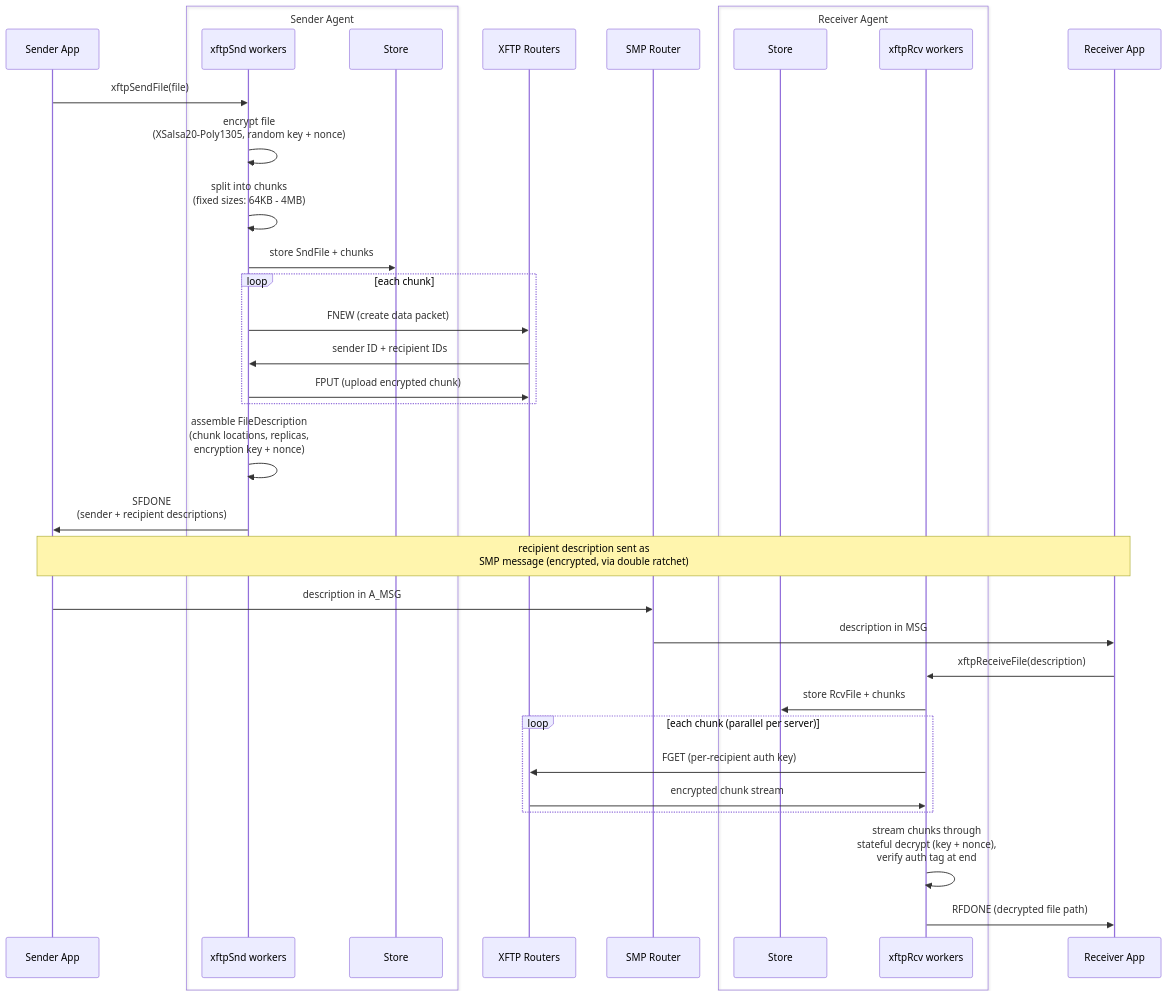
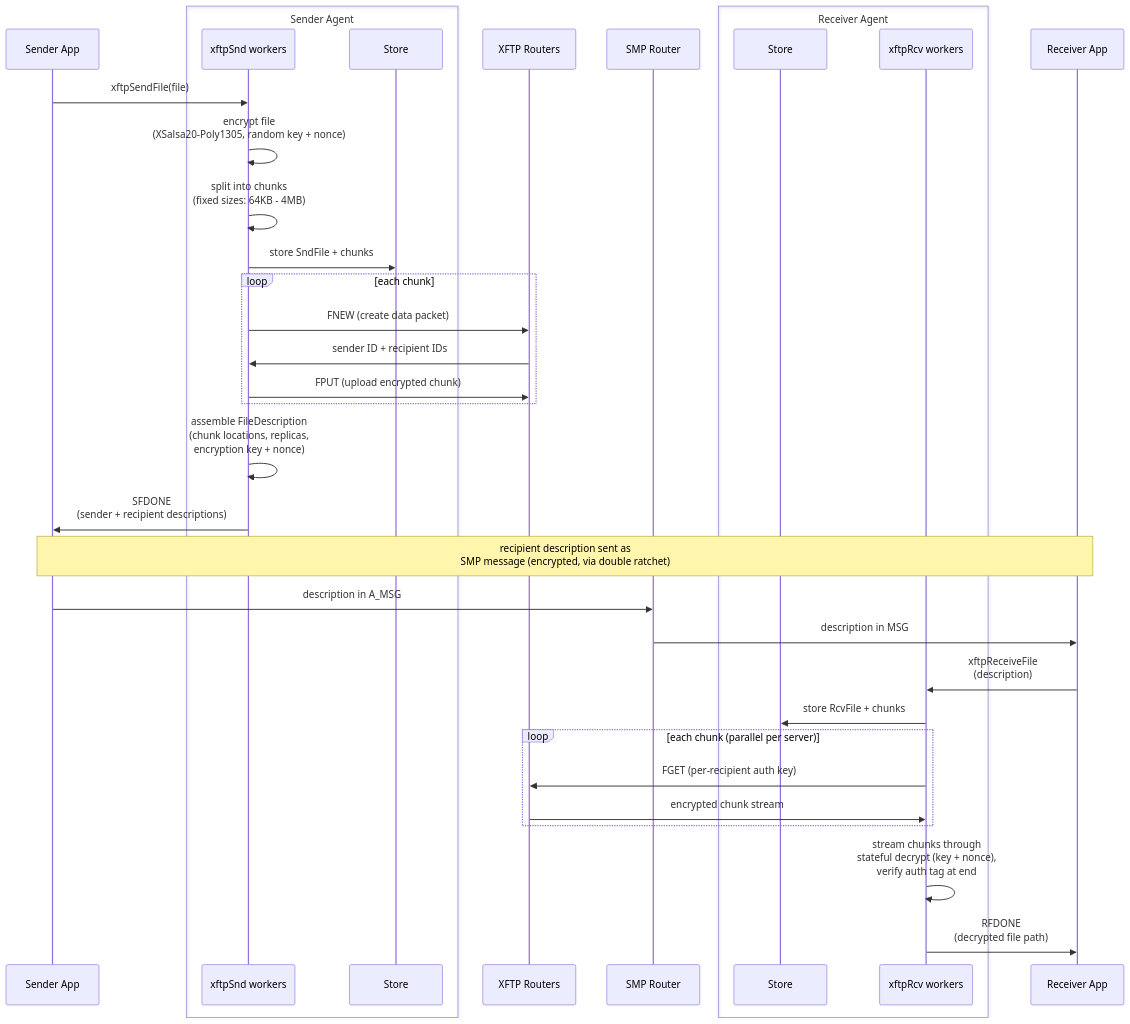
The fourth of 4 diagrams in spec/agent.md (simplex-chat/simplexmq), drawn with Mermaid before and after one commit. The commit also changed other lines of this file, not shown here.

Commit message:
sequence diagrams layout

````diff
--- a/spec/agent.md
+++ b/spec/agent.md
@@ -137,49 +137,49 @@
 ```mermaid
 sequenceDiagram
     participant SA as Sender App
 
     box Sender Agent
         participant S as xftpSnd workers
         participant SS as Store
     end
 
     participant XFTP as XFTP Routers
     participant SMP as SMP Router
 
     box Receiver Agent
         participant RS as Store
         participant R as xftpRcv workers
     end
 
     participant RA as Receiver App
 
     SA->>S: xftpSendFile(file)
     S->>S: encrypt file<br>(XSalsa20-Poly1305, random key + nonce)
     S->>S: split into chunks<br>(fixed sizes: 64KB - 4MB)
     S->>SS: store SndFile + chunks
 
     loop each chunk
         S->>XFTP: FNEW (create data packet)
         XFTP->>S: sender ID + recipient IDs
         S->>XFTP: FPUT (upload encrypted chunk)
     end
 
     S->>S: assemble FileDescription<br>(chunk locations, replicas,<br>encryption key + nonce)
     S->>SA: SFDONE<br>(sender + recipient descriptions)
 
     Note over SA,RA: recipient description sent as<br>SMP message (encrypted, via double ratchet)
 
     SA->>SMP: description in A_MSG
     SMP->>RA: description in MSG
 
-    RA->>R: xftpReceiveFile(description)
+    RA->>R: xftpReceiveFile<br>(description)
     R->>RS: store RcvFile + chunks
 
     loop each chunk (parallel per server)
         R->>XFTP: FGET (per-recipient auth key)
         XFTP->>R: encrypted chunk stream
     end
 
     R->>R: stream chunks through<br>stateful decrypt (key + nonce),<br>verify auth tag at end
-    R->>RA: RFDONE (decrypted file path)
+    R->>RA: RFDONE<br>(decrypted file path)
 ```
````
